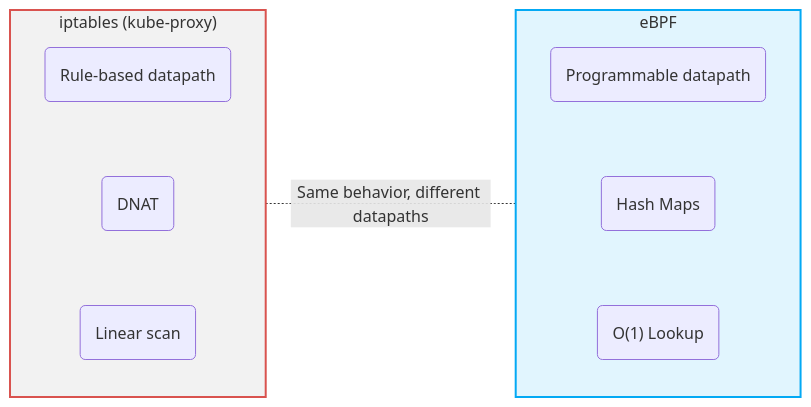
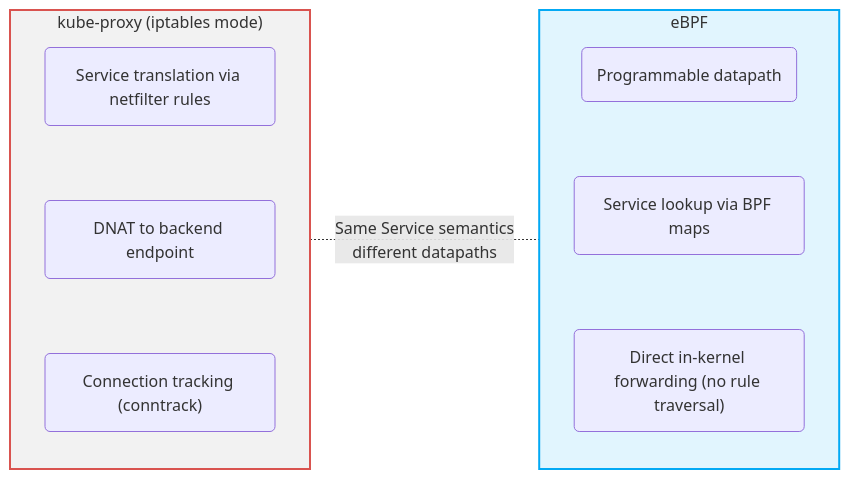
One commit to SRodi/srodi.github.io changed the eighth of 15 diagrams in _posts/2025-03-17-kubecon.md. Above: the diagram before and after it, drawn with Mermaid.

Commit message:
adjust service datapath comparison

````diff
--- a/_posts/2025-03-17-kubecon.md
+++ b/_posts/2025-03-17-kubecon.md
@@ -154,23 +154,23 @@
 ```mermaid
 flowchart LR
-    subgraph IP["iptables (kube-proxy)"]
+    subgraph IP["kube-proxy (iptables mode)"]
         direction TB
-        i1(Rule-based datapath)
-        i2(DNAT)
-        i3(Linear scan)
+        i1(Service translation via netfilter rules)
+        i2(DNAT to backend endpoint)
+        i3("Connection tracking (conntrack)")
         i1 ~~~ i2 ~~~ i3
     end
 
     subgraph EB[eBPF]
         direction TB
         e1(Programmable datapath)
-        e2(Hash Maps)
-        e3("O(1) Lookup")
+        e2(Service lookup via BPF maps)
+        e3("Direct in-kernel forwarding (no rule traversal)")
         e1 ~~~ e2 ~~~ e3
     end
 
-    IP -.- |Same behavior, different datapaths| EB
+    IP -.- |Same Service semantics<br>different datapaths| EB
 
     style IP fill:#f2f2f2,stroke:#d9534f,stroke-width:2px,color:#333
     style EB fill:#e1f5fe,stroke:#03a9f4,stroke-width:2px,color:#333
 ```
````
